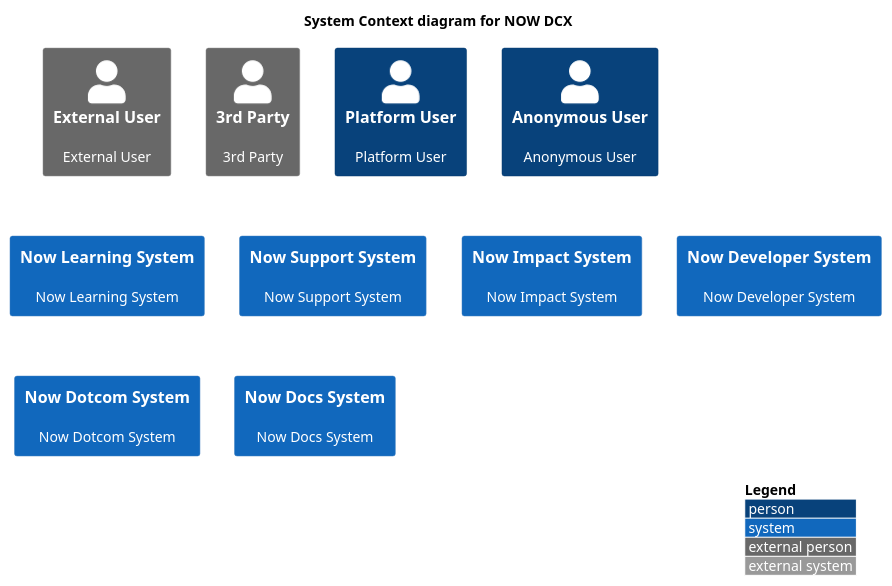
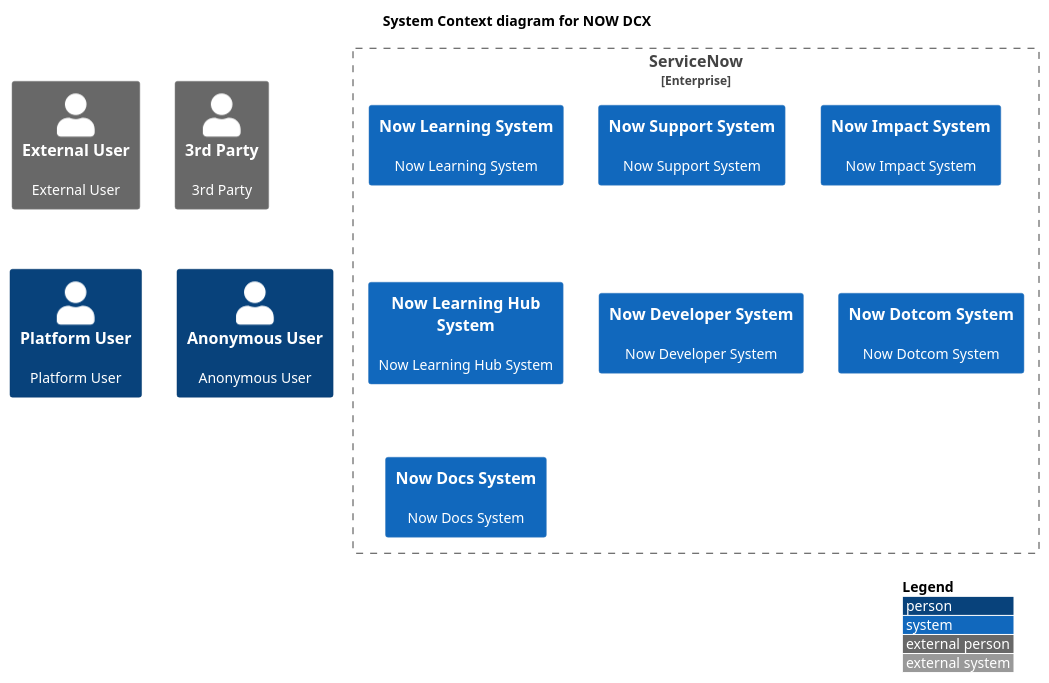
Before and after one commit to pangealab/athena: the diagram in puml/c4/dcx/nowdcx.puml, drawn with PlantUML.

```diff
--- a/puml/c4/dcx/nowdcx.puml
+++ b/puml/c4/dcx/nowdcx.puml
@@ -1,25 +1,27 @@
 @startuml "enterprise"
 !include https://raw.githubusercontent.com/plantuml-stdlib/C4-PlantUML/master/C4_Context.puml
 ' uncomment the following line and comment the first to use locally
 ' !include C4_Context.puml
 
 LAYOUT_TOP_DOWN()
 'LAYOUT_AS_SKETCH()
 LAYOUT_WITH_LEGEND()
 
 title System Context diagram for NOW DCX
 
 Person_Ext(external_user, "External User", "External User")
 Person_Ext(3rd_party_user, "3rd Party", "3rd Party")
 Person(platform_user, "Platform User", "Platform User")
 Person(anonymous_user, "Anonymous User", "Anonymous User")
 
-System(now_learning_system, "Now Learning System", "Now Learning System")
-System(now_support_system, "Now Support System", "Now Support System")
-System(now_impact_system, "Now Impact System", "Now Impact System")
-System(now_learning_system, "Now Learning System", "Now Learning System")
-System(now_developer_system, "Now Developer System", "Now Developer System")
-System(now_dotcom_system, "Now Dotcom System", "Now Dotcom System")
-System(now_docs_system, "Now Docs System", "Now Docs System")
+Enterprise_Boundary(servicenow_enteprise, "ServiceNow") {
+  System(now_learning_system, "Now Learning System", "Now Learning System")
+  System(now_support_system, "Now Support System", "Now Support System")
+  System(now_impact_system, "Now Impact System", "Now Impact System")
+  System(now_learninghub_system, "Now Learning Hub System", "Now Learning Hub System")
+  System(now_developer_system, "Now Developer System", "Now Developer System")
+  System(now_dotcom_system, "Now Dotcom System", "Now Dotcom System")
+  System(now_docs_system, "Now Docs System", "Now Docs System")
+}
 
 @enduml
```
